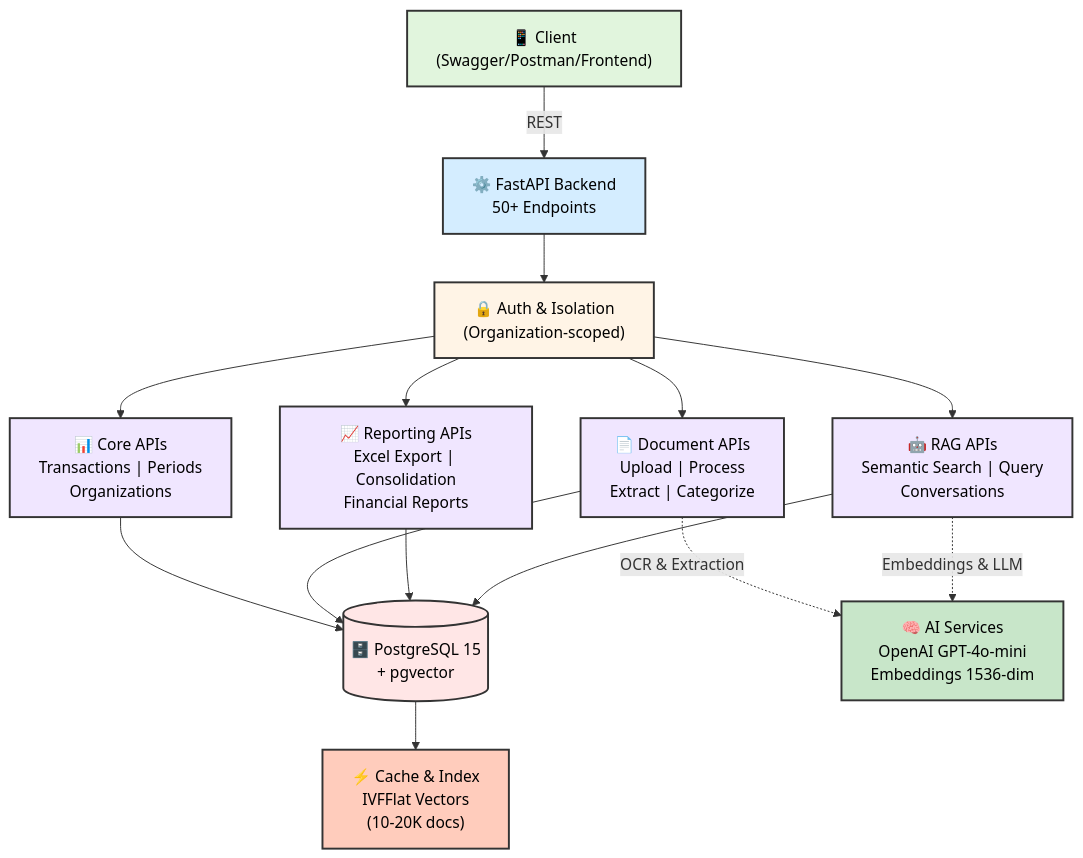
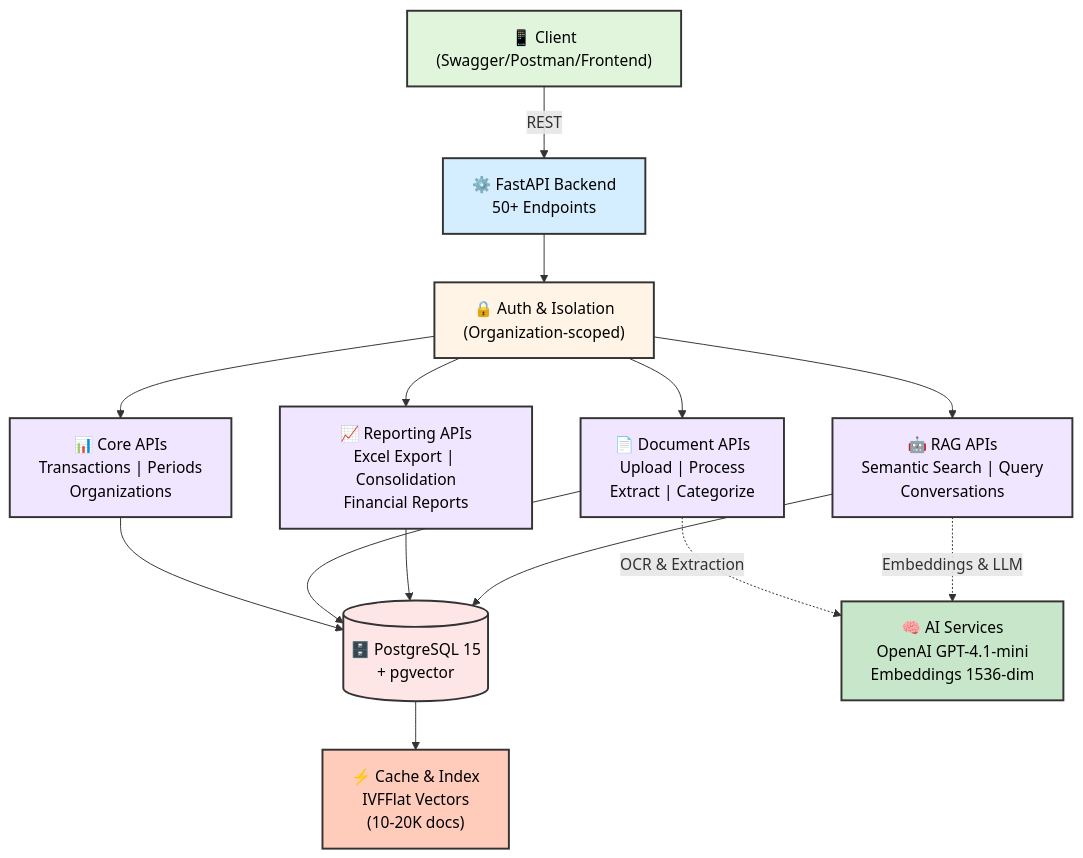
One commit to Oleguzik/ngo-automation changed the first of 2 diagrams in README.md. Above: the diagram before and after it, drawn with Mermaid. The commit also changed other lines of this file and 18 other files, not shown here.

````diff
--- a/README.md
+++ b/README.md
@@ -98,51 +98,51 @@
 ```mermaid
 graph TB
     Client["📱 Client<br/>(Swagger/Postman/Frontend)"]
     
     LB["⚙️ FastAPI Backend<br/>50+ Endpoints"]
     
     Auth["🔒 Auth & Isolation<br/>(Organization-scoped)"]
     
     CoreAPI["📊 Core APIs<br/>Transactions | Periods<br/>Organizations"]
     
     DocAPI["📄 Document APIs<br/>Upload | Process<br/>Extract | Categorize"]
     
     ReportAPI["📈 Reporting APIs<br/>Excel Export | Consolidation<br/>Financial Reports"]
     
     RAGAPI["🤖 RAG APIs<br/>Semantic Search | Query<br/>Conversations"]
     
     DB[("🗄️ PostgreSQL 15<br/>+ pgvector")]
     
     Cache["⚡ Cache & Index<br/>IVFFlat Vectors<br/>(10-20K docs)"]
     
-    AI["🧠 AI Services<br/>OpenAI GPT-4o-mini<br/>Embeddings 1536-dim"]
+    AI["🧠 AI Services<br/>OpenAI GPT-4.1-mini<br/>Embeddings 1536-dim"]
     
     Client -->|REST| LB
     
     LB --> Auth
     Auth --> CoreAPI
     Auth --> DocAPI
     Auth --> ReportAPI
     Auth --> RAGAPI
     
     CoreAPI --> DB
     DocAPI --> DB
     ReportAPI --> DB
     RAGAPI --> DB
     
     DB --> Cache
     
     DocAPI -.->|OCR & Extraction| AI
     RAGAPI -.->|Embeddings & LLM| AI
     
     style Client fill:#e1f5dd,stroke:#333,stroke-width:2px,color:#000
     style LB fill:#d4edff,stroke:#333,stroke-width:2px,color:#000
     style Auth fill:#fff4e6,stroke:#333,stroke-width:2px,color:#000
     style CoreAPI fill:#f0e6ff,stroke:#333,stroke-width:2px,color:#000
     style DocAPI fill:#f0e6ff,stroke:#333,stroke-width:2px,color:#000
     style ReportAPI fill:#f0e6ff,stroke:#333,stroke-width:2px,color:#000
     style RAGAPI fill:#f0e6ff,stroke:#333,stroke-width:2px,color:#000
     style DB fill:#ffe6e6,stroke:#333,stroke-width:2px,color:#000
     style Cache fill:#ffccbc,stroke:#333,stroke-width:2px,color:#000
     style AI fill:#c8e6c9,stroke:#333,stroke-width:2px,color:#000
 ```
````
